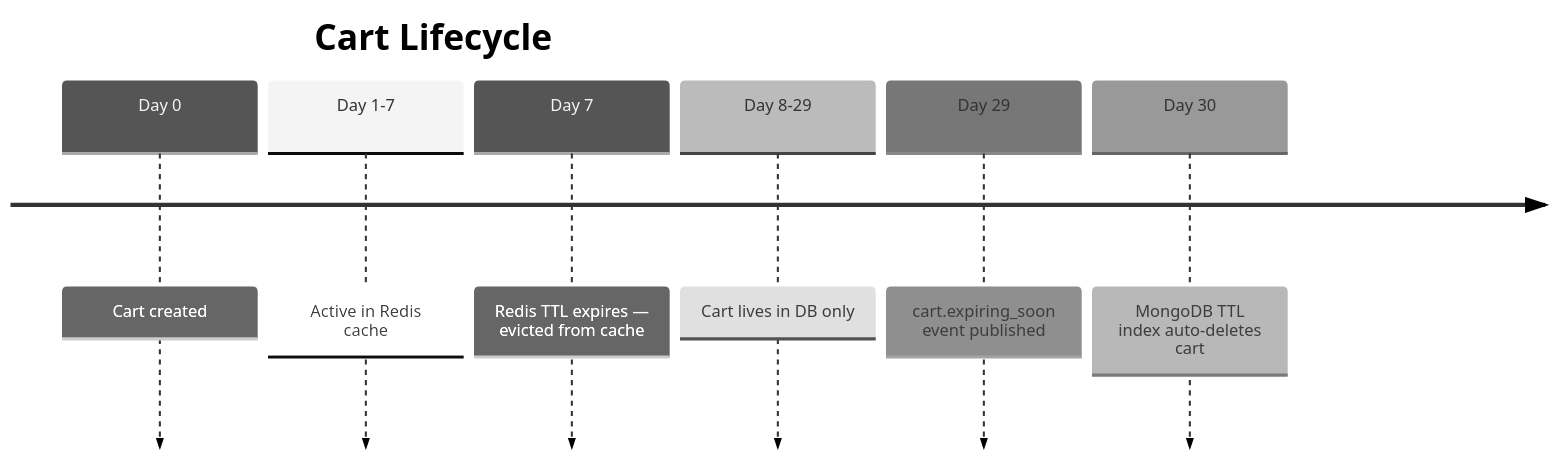
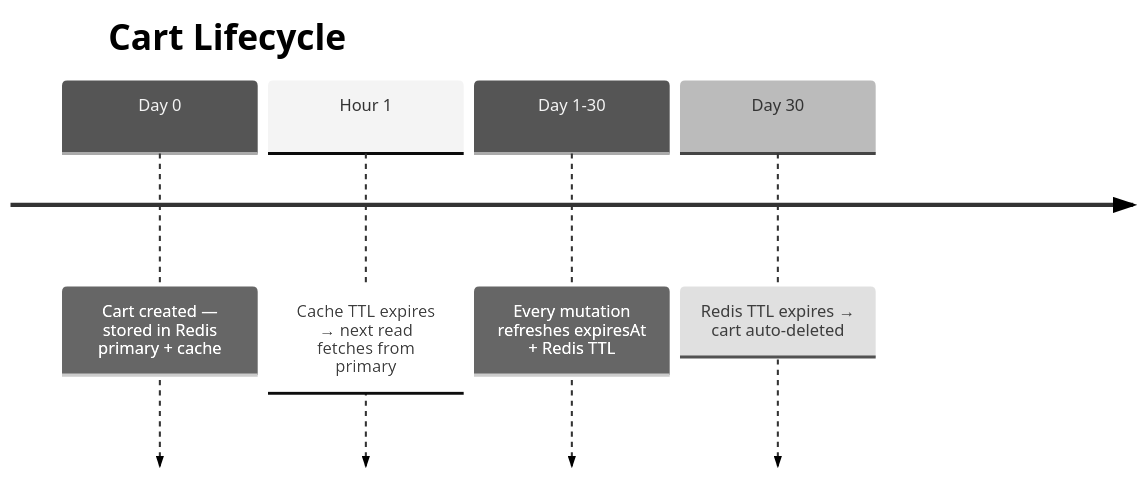
The fourth of 4 diagrams in apps/cart-service/docs/cart-service-data-architecture.md (thachda0106/scalable-ecommerce-microservices), drawn with Mermaid (neutral theme) before and after one commit. The commit also changed other lines of this file and 3 other files, not shown here.

First line of the commit message:
docs(cart-service): update README and architecture docs for production-ready state

````diff
--- a/apps/cart-service/docs/cart-service-data-architecture.md
+++ b/apps/cart-service/docs/cart-service-data-architecture.md
@@ -216,10 +170,8 @@
 ```mermaid
 timeline
     title Cart Lifecycle
-    Day 0 : Cart created
-    Day 1-7 : Active in Redis cache
-    Day 7 : Redis TTL expires — evicted from cache
-    Day 8-29 : Cart lives in DB only
-    Day 29 : cart.expiring_soon event published
-    Day 30 : MongoDB TTL index auto-deletes cart
+    Day 0 : Cart created — stored in Redis primary + cache
+    Hour 1 : Cache TTL expires → next read fetches from primary
+    Day 1-30 : Every mutation refreshes expiresAt + Redis TTL
+    Day 30 : Redis TTL expires → cart auto-deleted
 ```
````
